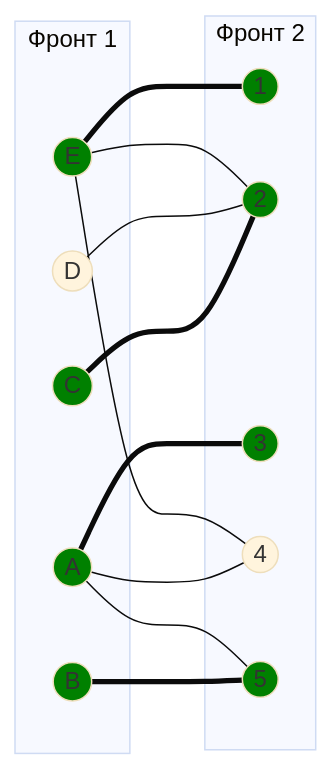
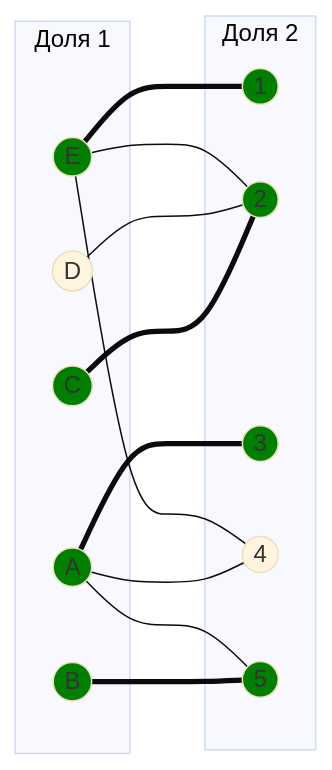
The third of 9 diagrams in Задание 8/DIVI.md (algos-ris-24-5/manual-tasks), drawn with Mermaid (base theme) before and after one commit. The commit also changed other lines of this file, not shown here.

````diff
--- a/Задание 8/DIVI.md
+++ b/Задание 8/DIVI.md
@@ -162,35 +120,35 @@
 ```mermaid
 graph LR
-    subgraph "Фронт 1"
+    subgraph "Доля 1"
         A((A))
         B((B))
         C((C))
         D((D))
         E((E))
     end
-    subgraph "Фронт 2"
+    subgraph "Доля 2"
         1((1))
         2((2))
         3((3))
         4((4))
         5((5))
     end
     A === 3
     A --- 4
     B === 5
     C === 2
     D --- 2
     E === 1
     E --- 4
     A --- 5
     E --- 2
     
     style A fill:#008000
     style E fill:#008000
+    style 2 fill:#008000
+    style 3 fill:#008000
+    style 5 fill:#008000
     style B fill:#008000
     style C fill:#008000
     style 1 fill:#008000
-    style 2 fill:#008000
-    style 3 fill:#008000
-    style 5 fill:#008000
 ```
````
